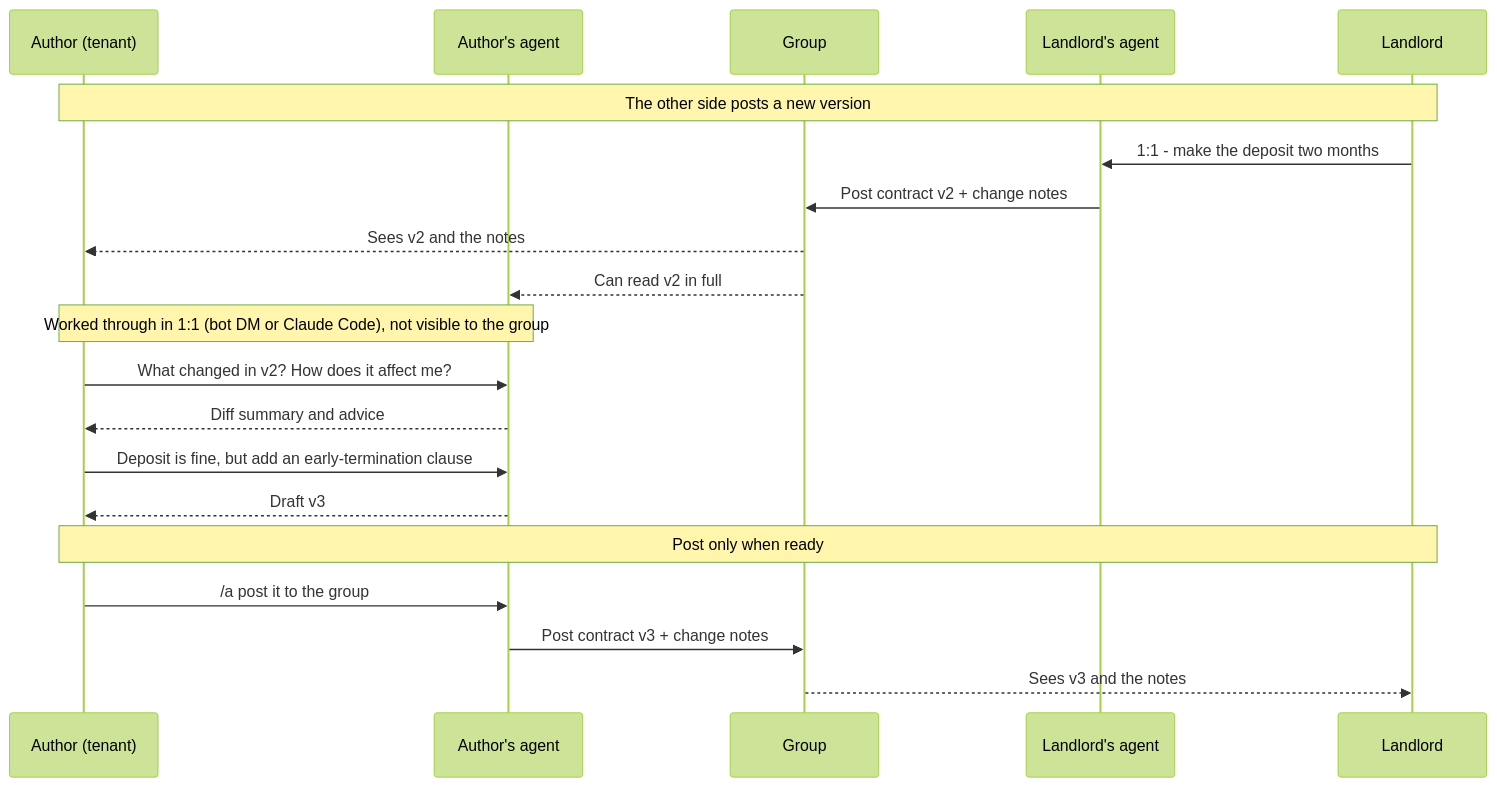
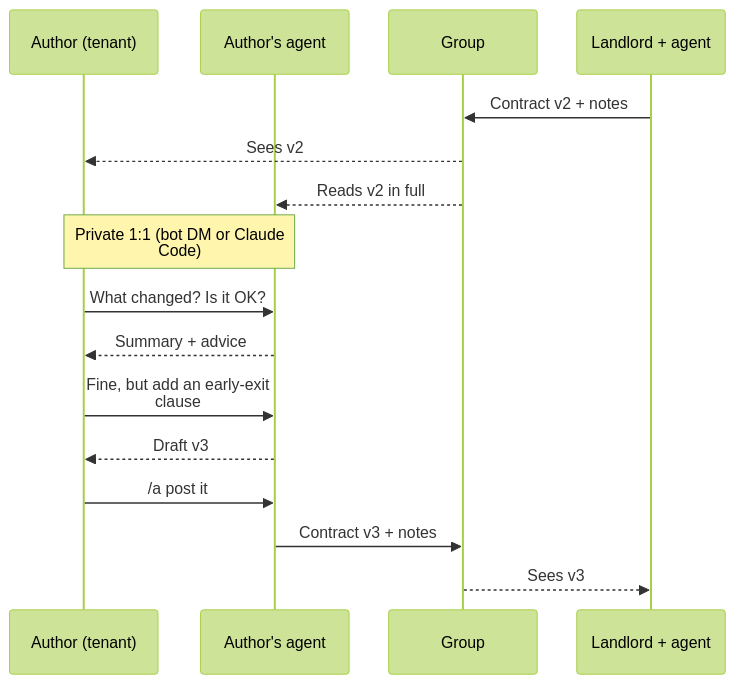
One commit to ccqqder/can2cup changed the diagram in README.md. Above: the diagram before and after it, drawn with Mermaid (forest theme). The commit also changed 2 other files, not shown here.

Commit message:
README: narrower lease diagram so the text stays readable at GitHub width
Four lanes instead of five (landlord and their agent share one), shorter
labels, wrap on, one note instead of three full-width ones.

````diff
--- a/README.md
+++ b/README.md
@@ -52,25 +52,22 @@
 ```mermaid
+%%{init: {"sequence": {"wrap": true, "width": 150, "actorMargin": 40, "messageFontSize": 16, "noteFontSize": 15, "actorFontSize": 16}}}%%
 sequenceDiagram
     participant A as Author (tenant)
     participant AA as Author's agent
     participant G as Group
-    participant BA as Landlord's agent
-    participant B as Landlord
+    participant L as Landlord + agent
 
-    Note over A,B: The other side posts a new version
-    B->>BA: 1:1 - make the deposit two months
-    BA->>G: Post contract v2 + change notes
-    G-->>A: Sees v2 and the notes
-    G-->>AA: Can read v2 in full
+    L->>G: Contract v2 + notes
+    G-->>A: Sees v2
+    G-->>AA: Reads v2 in full
 
-    Note over A,AA: Worked through in 1:1 (bot DM or Claude Code), not visible to the group
-    A->>AA: What changed in v2? How does it affect me?
-    AA-->>A: Diff summary and advice
-    A->>AA: Deposit is fine, but add an early-termination clause
+    Note over A,AA: Private 1:1 (bot DM or Claude Code)
+    A->>AA: What changed? Is it OK?
+    AA-->>A: Summary + advice
+    A->>AA: Fine, but add an early-exit clause
     AA-->>A: Draft v3
 
-    Note over A,B: Post only when ready
-    A->>AA: /a post it to the group
-    AA->>G: Post contract v3 + change notes
-    G-->>B: Sees v3 and the notes
+    A->>AA: /a post it
+    AA->>G: Contract v3 + notes
+    G-->>L: Sees v3
 ```
````
